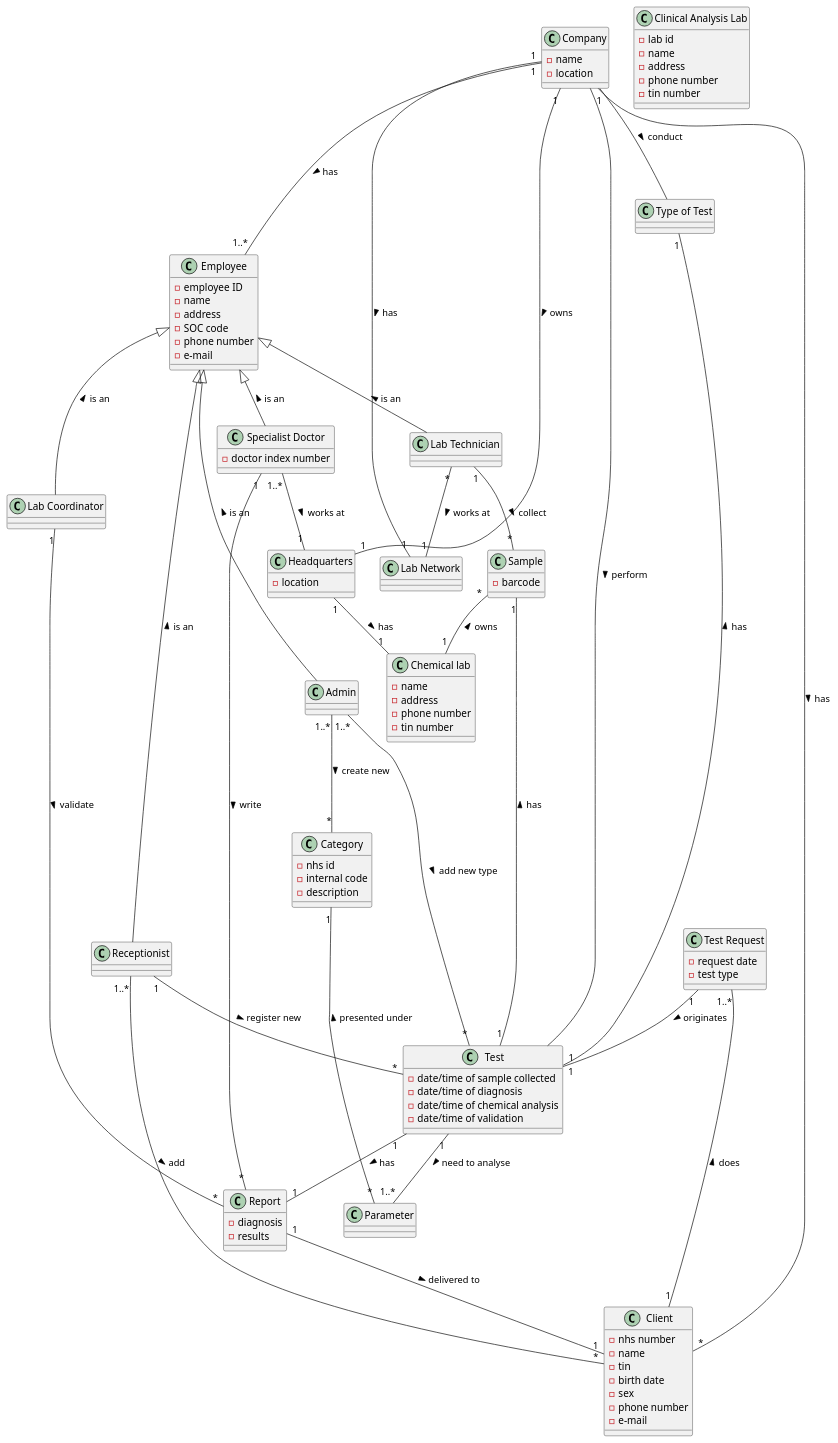
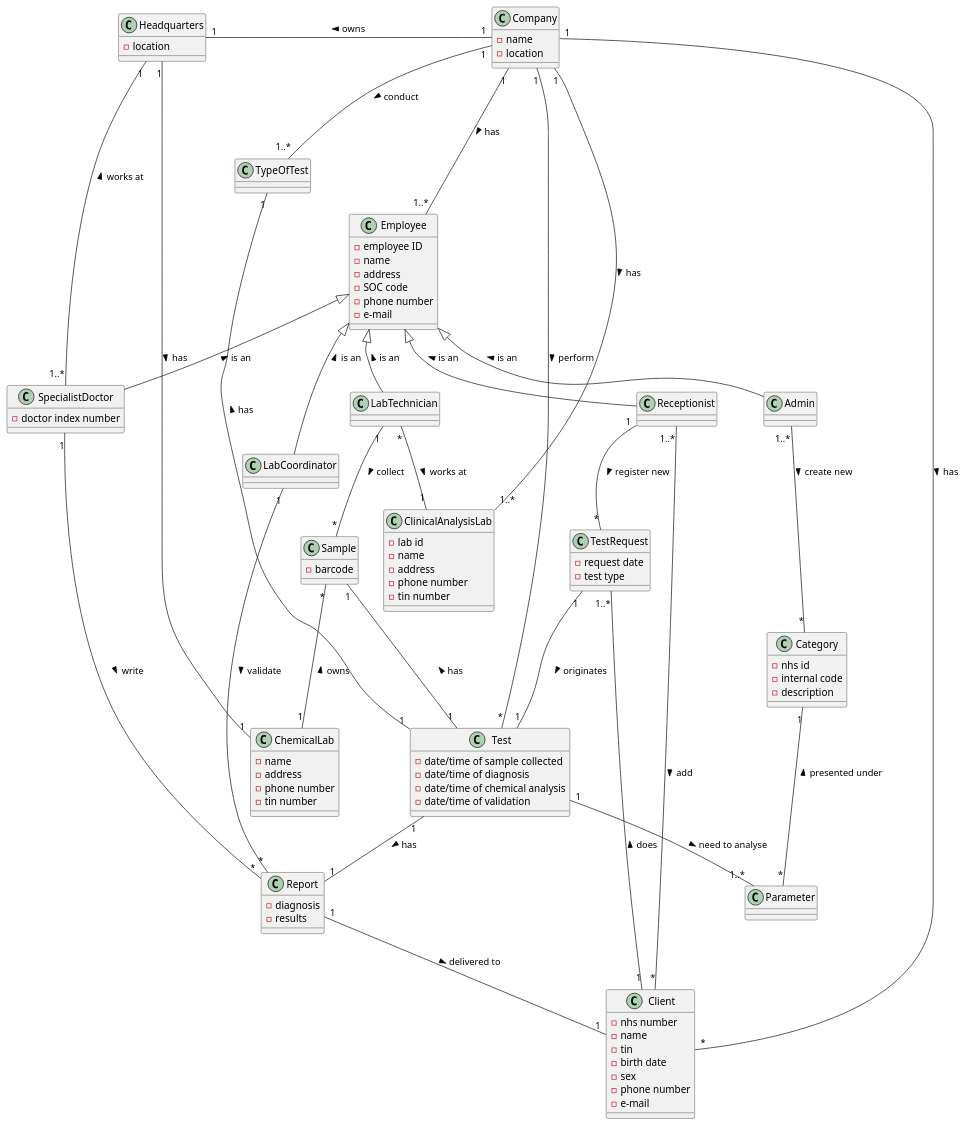
The diagram in docs/SprintA/Domain Model Diagram.puml (GuilhermeCunha79/lapr2), drawn with PlantUML before and after one commit.

Commit message:
DM diagram update

```diff
--- a/docs/SprintA/Domain Model Diagram.puml
+++ b/docs/SprintA/Domain Model Diagram.puml
@@ -1,115 +1,116 @@
 @startuml
 'https://plantuml.com/sequence-diagram
 
 top to bottom direction
 
 Company"1" --- "1..*"Employee : > has
 Company"1" -- "*"Client : > has
-Company"1" -- "1""Lab Network" : > has
-"Lab Technician""*" -- "1""Lab Network" : > works at
-Receptionist"1" -- "*"Test : > register new
-Employee <|-- "Lab Technician" : < is an
+Company"1" -- "1..*"ClinicalAnalysisLab : > has
+LabTechnician"*" -- "1"ClinicalAnalysisLab : > works at
+Receptionist"1" -- "*"TestRequest : > register new
+
+Headquarters"1" -- "1"ChemicalLab : > has
+Company"1" -left- "1"Headquarters : > owns
+Receptionist"1..*" -- "*"Client : > add
+Employee <|-- LabTechnician : < is an
 Employee <|-- Receptionist : < is an
-Headquarters"1" -- "1""Chemical lab" : > has
-Company"1" -- "1"Headquarters : > owns
-Receptionist"1..*" -- "*"Client : > add
-Employee <|-- "Lab Coordinator" : < is an
-Employee <|---- Admin : < is an
-Employee <|-- "Specialist Doctor" : < is an
-Admin"1..*" ---- "*"Test : > add new type
+Employee <|-- LabCoordinator : < is an
+Employee <|-- Admin : < is an
+Employee <|-- SpecialistDoctor : < is an
+
 Test"1" -- "1"Report : > has
-"Lab Technician""1" -- "*"Sample : > collect
+LabTechnician"1" -- "*"Sample : > collect
 Sample"1" -- "1"Test : < has
-Company -- "Type of Test" : > conduct
-Company -- Test : > perform
-"Test Request""1..*" -- "1""Client" : < does
-"Specialist Doctor""1" -- "*"Report : > write
-"Specialist Doctor""1..*" -- "1"Headquarters : > works at
+Company"1" -- "1..*"TypeOfTest : > conduct
+Company"1" -- "*"Test : > perform
+TestRequest"1..*" -- "1""Client" : < does
+SpecialistDoctor"1" -- "*"Report : > write
+SpecialistDoctor"1..*" -- "1"Headquarters : > works at
 Report"1" -- "1"Client : > delivered to
-Sample"*" -- "1""Chemical lab" : < owns
-"Lab Coordinator""1" -- "*"Report : > validate
+Sample"*" -- "1"ChemicalLab : < owns
+LabCoordinator"1" -- "*"Report : > validate
 
-"Test Request""1" -- "1"Test : > originates
+TestRequest"1" -- "1"Test : > originates
 
-"Type of Test""1" -- "1""Test" : < has
+TypeOfTest"1" -- "1""Test" : < has
 
 Admin"1..*" -- "*"Category : > create new
 
 Category"1" -- "*"Parameter : < presented under
 
 Test"1" -- "1..*"Parameter : > need to analyse
 
 class Client{
 -nhs number
 -name
 -tin
 -birth date
 -sex
 -phone number
 -e-mail
 }
 
 class Sample{
 -barcode
 }
 
 class Report{
 -diagnosis
 -results
 }
 
 class Employee{
 -employee ID
 -name
 -address
 -SOC code
 -phone number
 -e-mail
 }
 
-class "Clinical Analysis Lab"{
+class ClinicalAnalysisLab{
 -lab id
 -name
 -address
 -phone number
 -tin number
 }
-class "Chemical lab"{
+class ChemicalLab{
 -name
 -address
 -phone number
 -tin number
 }
 
-class "Test Request"{
+class TestRequest{
 -request date
 -test type
 }
 
 class Company{
 -name
 -location
 }
 
 class Headquarters{
 -location
 }
 
 class Test{
 -date/time of sample collected
 -date/time of diagnosis
 -date/time of chemical analysis
 -date/time of validation
 }
 
 class Category{
 -nhs id
 -internal code
 -description
 }
 
-class "Specialist Doctor"{
+class SpecialistDoctor{
 -doctor index number
 }
 
 @enduml
```
